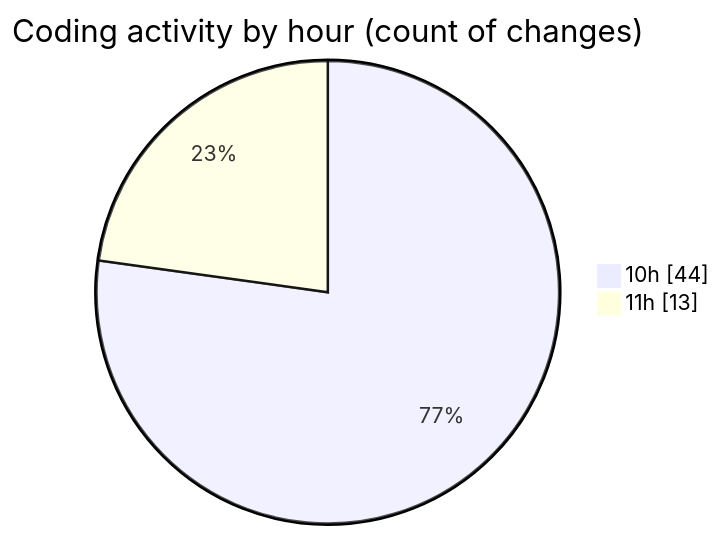
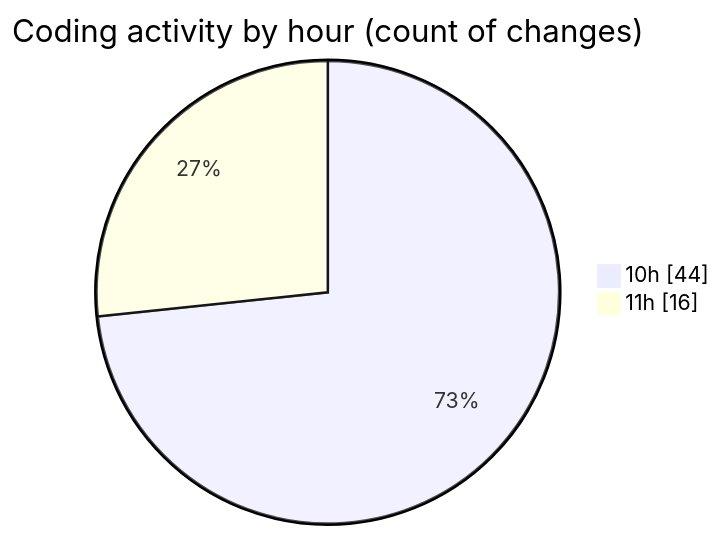
The second of 2 diagrams in 2025-08-28/cda/README.md (momahboobian/code-tracking), drawn with Mermaid before and after one commit. The commit also changed other lines of this file and 1 other file, not shown here.

````diff
--- a/2025-08-28/cda/README.md
+++ b/2025-08-28/cda/README.md
@@ -30,6 +30,6 @@
 ```mermaid
 pie showData
 title Coding activity by hour (count of changes)
 "10h" : 44
-"11h" : 13
+"11h" : 16
 ```
````
